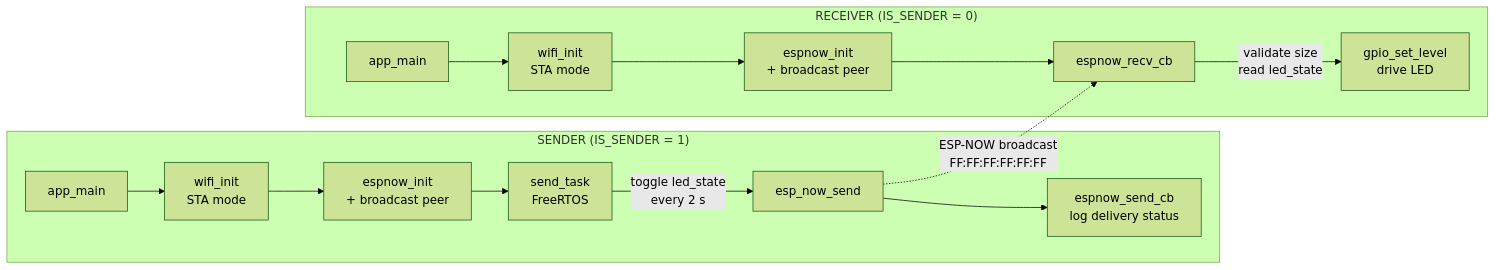
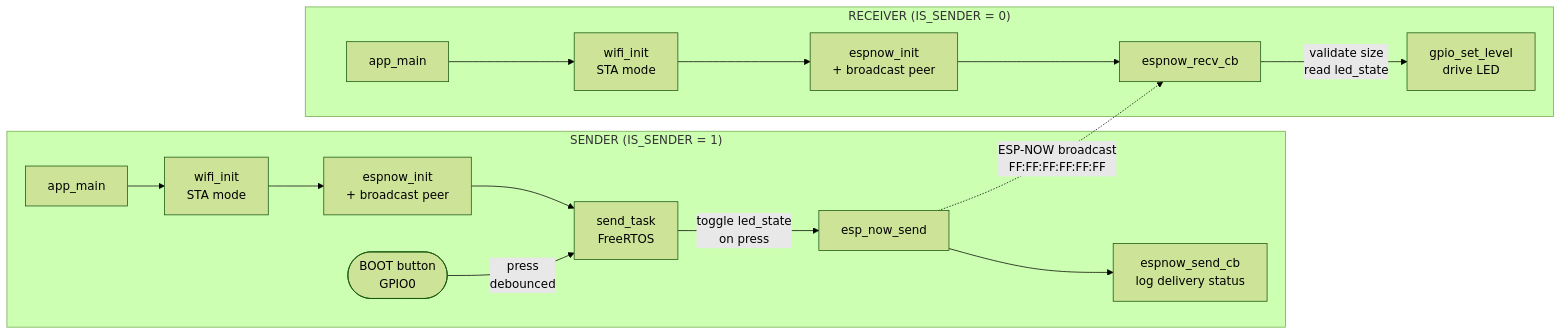
Before and after one commit to Fellbowl/ESPNOW-LED-test: the diagram in README.md, drawn with Mermaid (forest theme). The commit also changed other lines of this file and 1 other file, not shown here.

Commit message:
LED toggle from sender's button

````diff
--- a/README.md
+++ b/README.md
@@ -37,19 +38,20 @@
 ```mermaid
 flowchart LR
     subgraph SENDER["SENDER  (IS_SENDER = 1)"]
         A[app_main] --> B[wifi_init<br/>STA mode]
         B --> C[espnow_init<br/>+ broadcast peer]
         C --> D[send_task<br/>FreeRTOS]
-        D -->|toggle led_state<br/>every 2 s| E[esp_now_send]
+        BTN([BOOT button<br/>GPIO0]) -->|press<br/>debounced| D
+        D -->|toggle led_state<br/>on press| E[esp_now_send]
         E --> F[espnow_send_cb<br/>log delivery status]
     end
 
     subgraph RECEIVER["RECEIVER  (IS_SENDER = 0)"]
         G[app_main] --> H[wifi_init<br/>STA mode]
         H --> I[espnow_init<br/>+ broadcast peer]
         I --> J[espnow_recv_cb]
         J -->|validate size<br/>read led_state| K[gpio_set_level<br/>drive LED]
     end
 
     E -.->|ESP-NOW broadcast<br/>FF:FF:FF:FF:FF:FF| J
 ```
````
